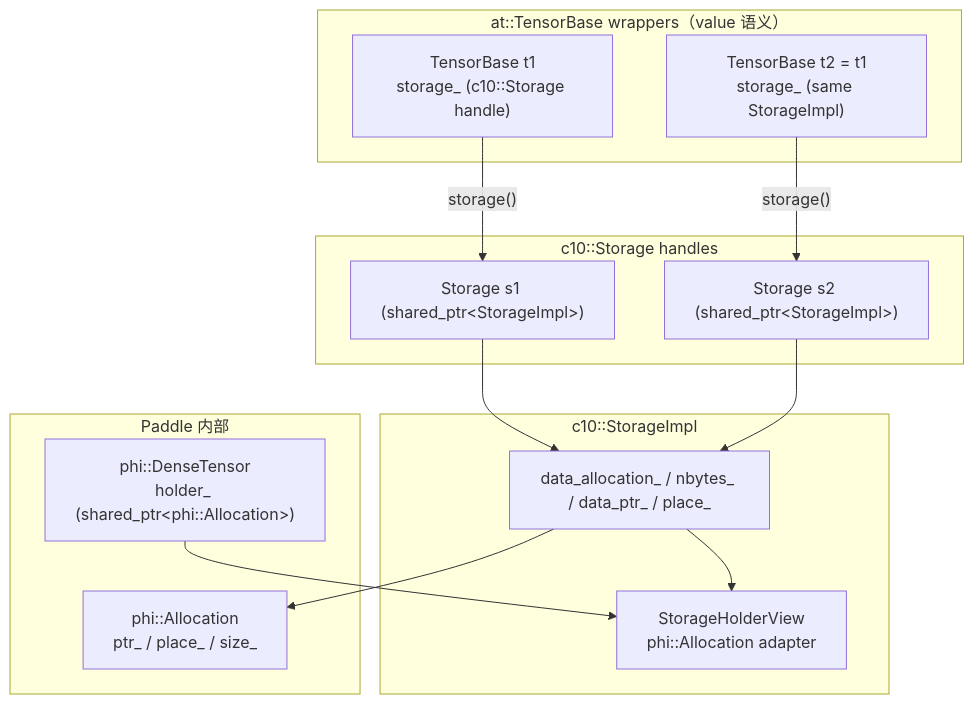
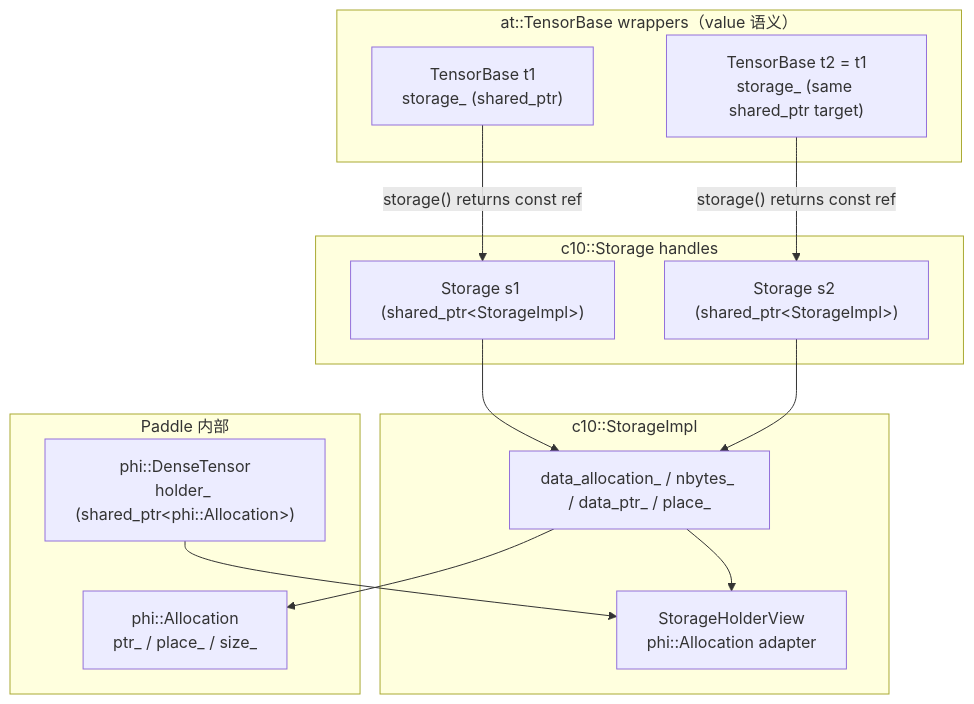
The second of 6 diagrams in doc/storage_compat_arch.md (PFCCLab/PaddleCppAPITest), drawn with Mermaid before and after one commit. The commit also changed other lines of this file and 1 other file, not shown here.

````diff
--- a/doc/storage_compat_arch.md
+++ b/doc/storage_compat_arch.md
@@ -47,30 +48,30 @@
 ```mermaid
 flowchart TD
     subgraph WRAPPERS["at::TensorBase wrappers（value 语义）"]
-        W1["TensorBase t1\nstorage_ (c10::Storage handle)"]
-        W2["TensorBase t2 = t1\nstorage_ (same StorageImpl)"]
+        W1["TensorBase t1\nstorage_ (shared_ptr<c10::Storage>)"]
+        W2["TensorBase t2 = t1\nstorage_ (same shared_ptr target)"]
     end
 
     subgraph STORAGE["c10::Storage handles"]
         S1["Storage s1 (shared_ptr&lt;StorageImpl&gt;)"]
         S2["Storage s2 (shared_ptr&lt;StorageImpl&gt;)"]
     end
 
     subgraph IMPL["c10::StorageImpl"]
         SI["data_allocation_ / nbytes_ / data_ptr_ / place_"]
         HV["StorageHolderView\nphi::Allocation adapter"]
     end
 
     subgraph PHI["Paddle 内部"]
         DT["phi::DenseTensor\nholder_ (shared_ptr&lt;phi::Allocation&gt;)"]
         ALLOC["phi::Allocation\nptr_ / place_ / size_"]
     end
 
-    W1 -->|"storage()"| S1
-    W2 -->|"storage()"| S2
+    W1 -->|"storage() returns const ref"| S1
+    W2 -->|"storage() returns const ref"| S2
     S1 --> SI
     S2 --> SI
     SI --> ALLOC
     SI --> HV
     DT --> HV
 ```
````
